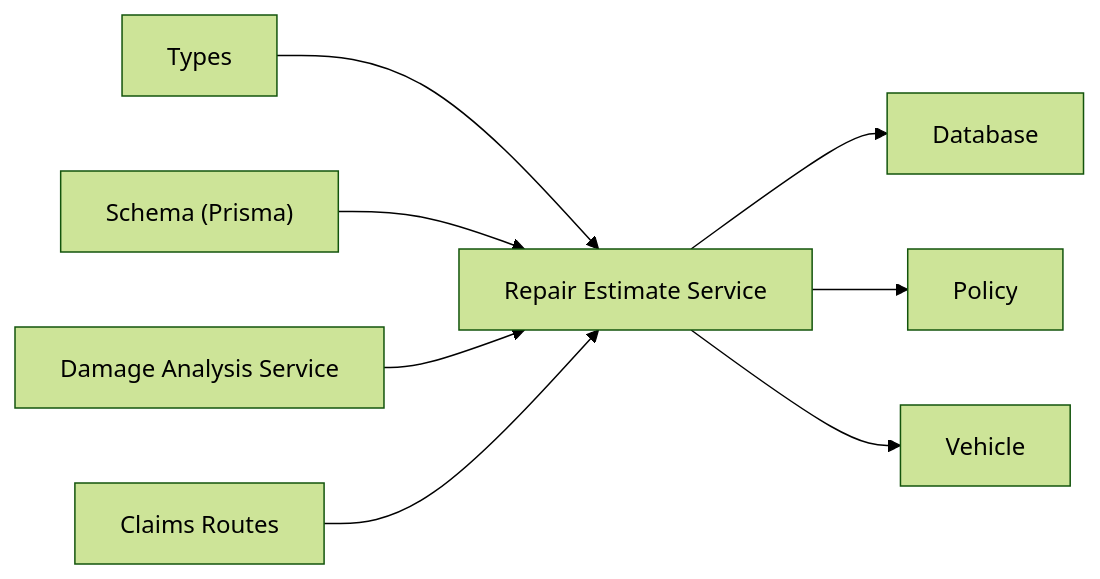
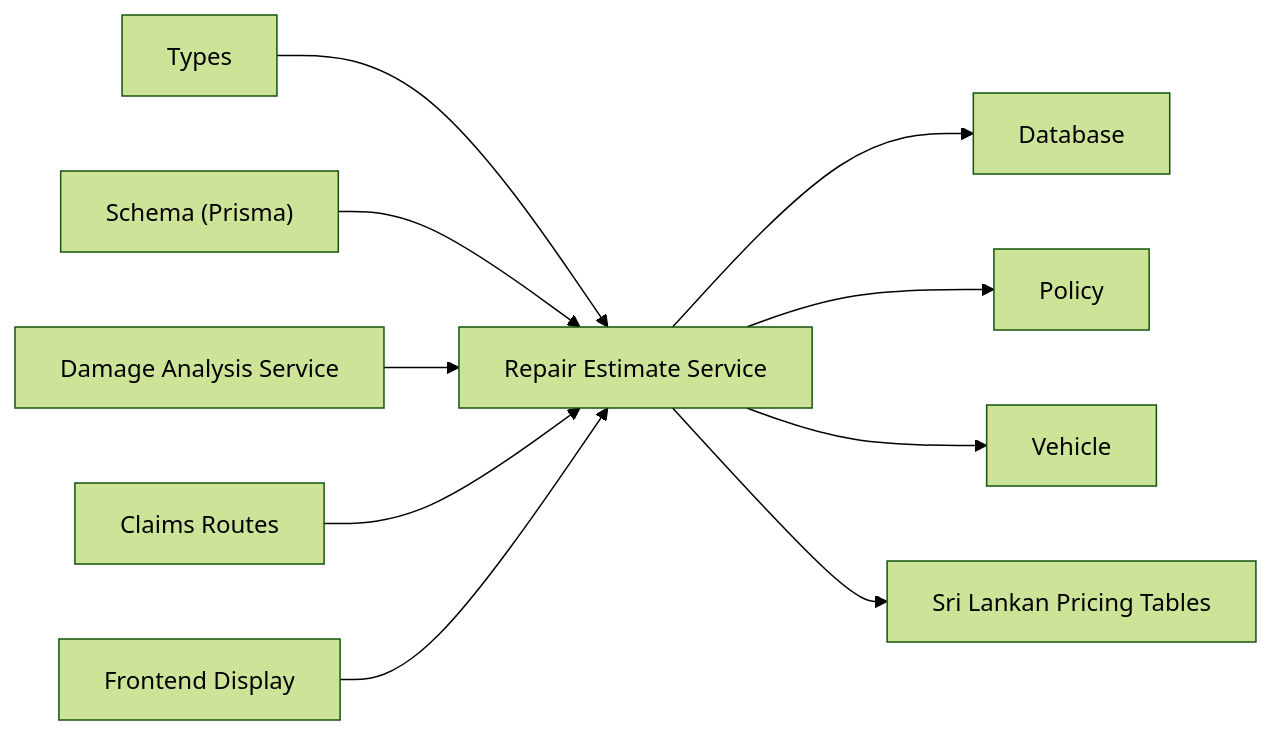
One commit to NaveenHiranya/Smart-Vehicle-Insurance-Claim-System changed the sixth of 6 diagrams in .qoder/repowiki/en/content/Backend Documentation/Business Logic & Services/Repair Estimate Service.md. Above: the diagram before and after it, drawn with Mermaid (forest theme). The commit also changed other lines of this file and 9 other files, not shown here.

````diff
--- a/.qoder/repowiki/en/content/Backend Documentation/Business Logic & Services/Repair Estimate Service.md
+++ b/.qoder/repowiki/en/content/Backend Documentation/Business Logic & Services/Repair Estimate Service.md
@@ -285,10 +314,12 @@
 ```mermaid
 graph LR
 Types["Types"] --> RE["Repair Estimate Service"]
 Schema["Schema (Prisma)"] --> RE
 Damage["Damage Analysis Service"] --> RE
 Routes["Claims Routes"] --> RE
 RE --> DB["Database"]
 RE --> Policy["Policy"]
 RE --> Vehicle["Vehicle"]
+RE --> LKRPricing["Sri Lankan Pricing Tables"]
+Frontend["Frontend Display"] --> RE
 ```
````
